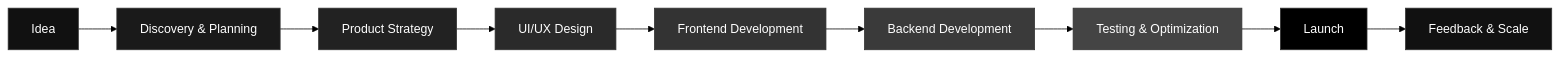
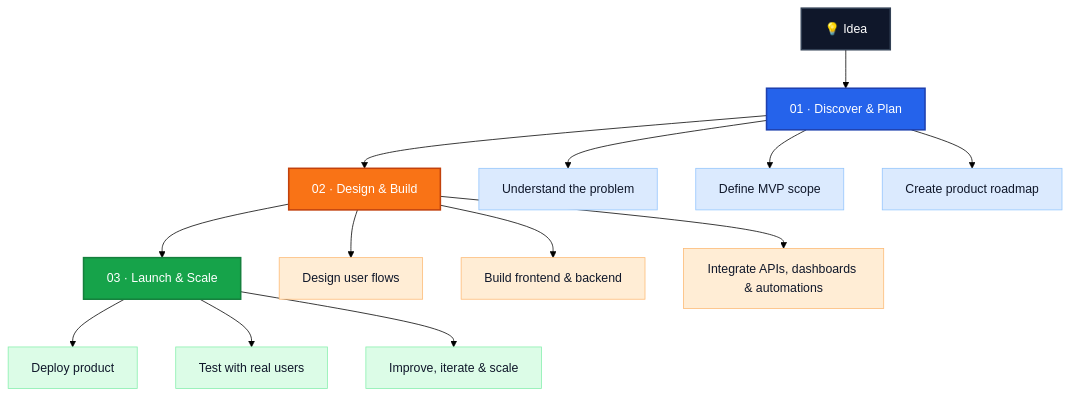
The first of 2 diagrams in profile/README.md (We-Build-Things/.github), drawn with Mermaid (forest theme) before and after one commit. The commit also changed other lines of this file, not shown here.

Commit message:
Fixed athe mermaid daigram

````diff
--- a/profile/README.md
+++ b/profile/README.md
@@ -153,21 +157,35 @@
 ```mermaid
-flowchart LR
-    A[Idea] --> B[Discovery & Planning]
-    B --> C[Product Strategy]
-    C --> D[UI/UX Design]
-    D --> E[Frontend Development]
-    E --> F[Backend Development]
-    F --> G[Testing & Optimization]
-    G --> H[Launch]
-    H --> I[Feedback & Scale]
+flowchart TB
+    A["💡 Idea"] --> B["01 · Discover & Plan"]
+    B --> C["02 · Design & Build"]
+    C --> D["03 · Launch & Scale"]
 
-    style A fill:#111,color:#fff,stroke:#333
-    style B fill:#1a1a1a,color:#fff,stroke:#333
-    style C fill:#222,color:#fff,stroke:#333
-    style D fill:#2a2a2a,color:#fff,stroke:#333
-    style E fill:#333,color:#fff,stroke:#333
-    style F fill:#3a3a3a,color:#fff,stroke:#333
-    style G fill:#444,color:#fff,stroke:#333
-    style H fill:#000,color:#fff,stroke:#333
-    style I fill:#111,color:#fff,stroke:#333
+    B --> B1["Understand the problem"]
+    B --> B2["Define MVP scope"]
+    B --> B3["Create product roadmap"]
+
+    C --> C1["Design user flows"]
+    C --> C2["Build frontend & backend"]
+    C --> C3["Integrate APIs, dashboards & automations"]
+
+    D --> D1["Deploy product"]
+    D --> D2["Test with real users"]
+    D --> D3["Improve, iterate & scale"]
+
+    style A fill:#0f172a,color:#ffffff,stroke:#334155,stroke-width:2px
+    style B fill:#2563eb,color:#ffffff,stroke:#1e40af,stroke-width:2px
+    style C fill:#f97316,color:#ffffff,stroke:#c2410c,stroke-width:2px
+    style D fill:#16a34a,color:#ffffff,stroke:#15803d,stroke-width:2px
+
+    style B1 fill:#dbeafe,color:#0f172a,stroke:#93c5fd
+    style B2 fill:#dbeafe,color:#0f172a,stroke:#93c5fd
+    style B3 fill:#dbeafe,color:#0f172a,stroke:#93c5fd
+
+    style C1 fill:#ffedd5,color:#0f172a,stroke:#fdba74
+    style C2 fill:#ffedd5,color:#0f172a,stroke:#fdba74
+    style C3 fill:#ffedd5,color:#0f172a,stroke:#fdba74
+
+    style D1 fill:#dcfce7,color:#0f172a,stroke:#86efac
+    style D2 fill:#dcfce7,color:#0f172a,stroke:#86efac
+    style D3 fill:#dcfce7,color:#0f172a,stroke:#86efac
 ```
````
